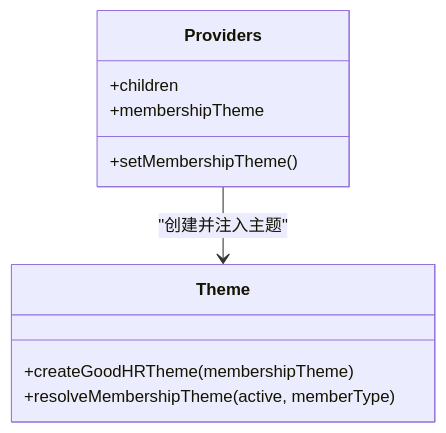
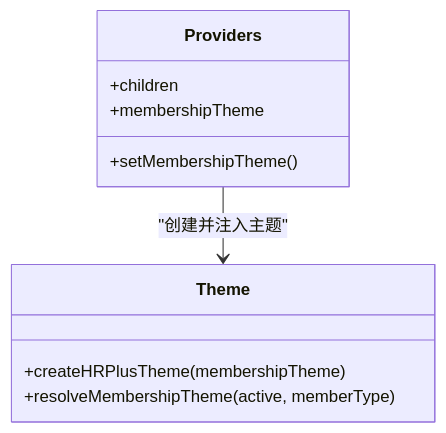
Before and after one commit to alvinwangzi/goodhr: the third of 5 diagrams in .qoder/repowiki/zh/content/前端管理界面/Next.js应用架构.md, drawn with Mermaid. The commit also changed other lines of this file and 83 other files, not shown here.

Commit message:
docs: .qoder/repowiki 知识库品牌名 GoodHR 统一改为 HRPlus

````diff
--- a/.qoder/repowiki/zh/content/前端管理界面/Next.js应用架构.md
+++ b/.qoder/repowiki/zh/content/前端管理界面/Next.js应用架构.md
@@ -141,13 +141,13 @@
 ```mermaid
 classDiagram
 class Providers {
 +children
 +membershipTheme
 +setMembershipTheme()
 }
 class Theme {
-+createGoodHRTheme(membershipTheme)
++createHRPlusTheme(membershipTheme)
 +resolveMembershipTheme(active, memberType)
 }
 Providers --> Theme : "创建并注入主题"
 ```
````
